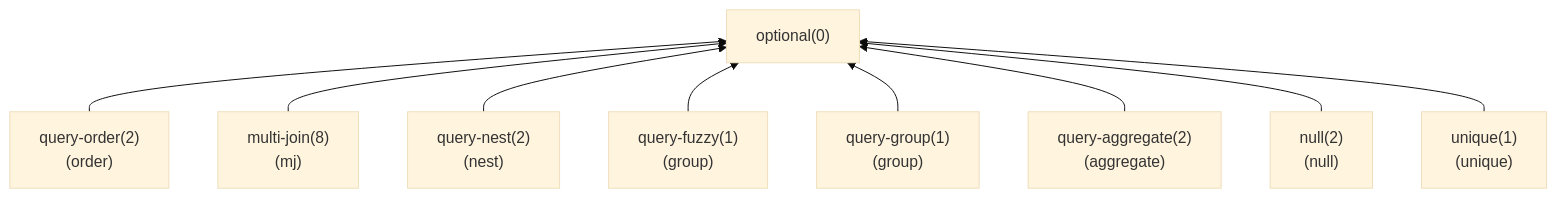
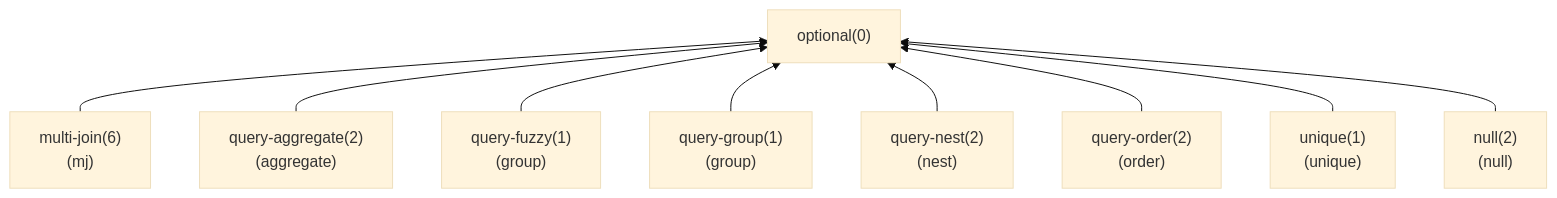
The second of 2 diagrams in docs/ci.md (thu-db/dbs-tutorial), drawn with Mermaid (base theme) before and after one commit. The commit also changed other lines of this file, not shown here.

````diff
--- a/docs/ci.md
+++ b/docs/ci.md
@@ -104,28 +84,20 @@
 ```mermaid
 flowchart BT
-    query-order["query-order(2)
-(order)"]
-    multi-join["multi-join(8)
-(mj)"]
-    query-nest["query-nest(2)
-(nest)"]
-    query-fuzzy["query-fuzzy(1)
-(group)"]
-    query-group["query-group(1)
-(group)"]
-    query-aggregate["query-aggregate(2)
-(aggregate)"]
-    null["null(2)
-(null)"]
-    unique["unique(1)
-(unique)"]
     optional["optional(0)"]
-    query-order --> optional
+    multi-join["multi-join(6)\n(mj)"]
+    query-aggregate["query-aggregate(2)\n(aggregate)"]
+    query-fuzzy["query-fuzzy(1)\n(group)"]
+    query-group["query-group(1)\n(group)"]
+    query-nest["query-nest(2)\n(nest)"]
+    query-order["query-order(2)\n(order)"]
+    unique["unique(1)\n(unique)"]
+    null["null(2)\n(null)"]
     multi-join --> optional
-    query-nest --> optional
+    query-aggregate --> optional
     query-fuzzy --> optional
     query-group --> optional
-    query-aggregate --> optional
+    query-nest --> optional
+    query-order --> optional
+    unique --> optional
     null --> optional
-    unique --> optional
 ```
````
